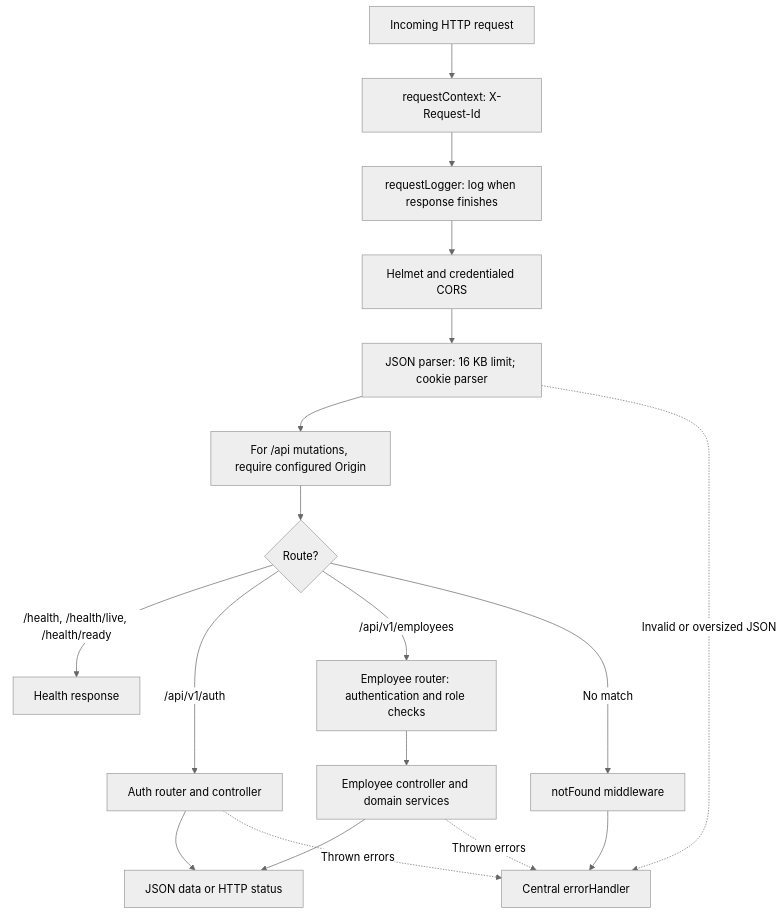
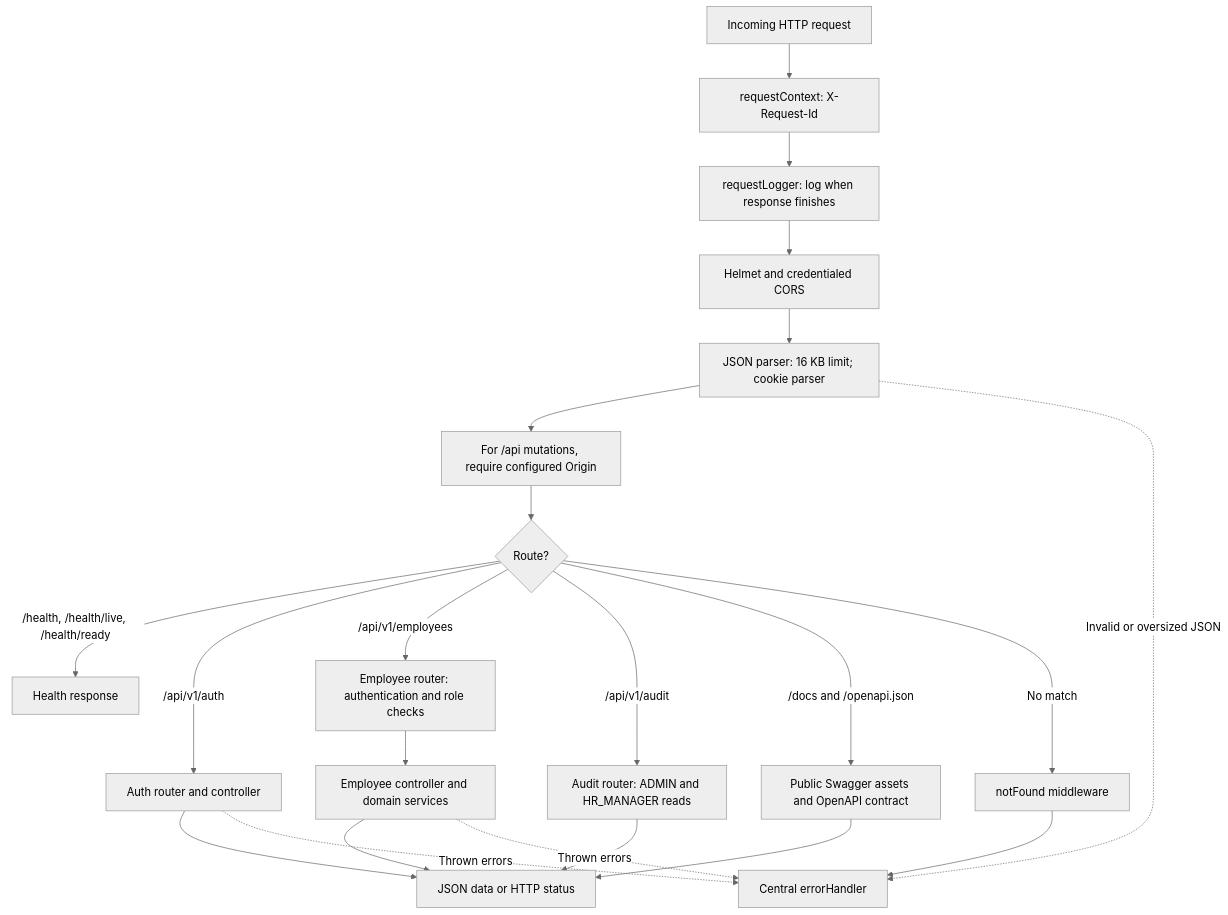
Before and after one commit to herve192-hub/WorkSphere: diagram 12 of 52 in README.md, drawn with Mermaid (neutral theme). The commit also changed other lines of this file and 51 other files, not shown here.

Commit message:
added audit history, API documentation, transactions, and supporting tests/configuration

````diff
--- a/README.md
+++ b/README.md
@@ -552,20 +600,24 @@
 ```mermaid
 flowchart TD
     Request["Incoming HTTP request"] --> Context["requestContext: X-Request-Id"]
     Context --> Log["requestLogger: log when response finishes"]
     Log --> Headers["Helmet and credentialed CORS"]
     Headers --> Parse["JSON parser: 16 KB limit; cookie parser"]
     Parse --> Origin["For /api mutations, require configured Origin"]
     Origin --> Router{"Route?"}
     Router -->|"/health, /health/live, /health/ready"| Health["Health response"]
     Router -->|"/api/v1/auth"| Auth["Auth router and controller"]
     Router -->|"/api/v1/employees"| Employees["Employee router: authentication and role checks"]
+    Router -->|"/api/v1/audit"| Audit["Audit router: ADMIN and HR_MANAGER reads"]
+    Router -->|"/docs and /openapi.json"| Docs["Public Swagger assets and OpenAPI contract"]
     Router -->|"No match"| Missing["notFound middleware"]
     Auth --> Result["JSON data or HTTP status"]
     Employees --> Domain["Employee controller and domain services"]
     Domain --> Result
+    Audit --> Result
+    Docs --> Result
     Missing --> Error["Central errorHandler"]
     Auth -.->|"Thrown errors"| Error
     Domain -.->|"Thrown errors"| Error
     Parse -.->|"Invalid or oversized JSON"| Error
 ```
````
